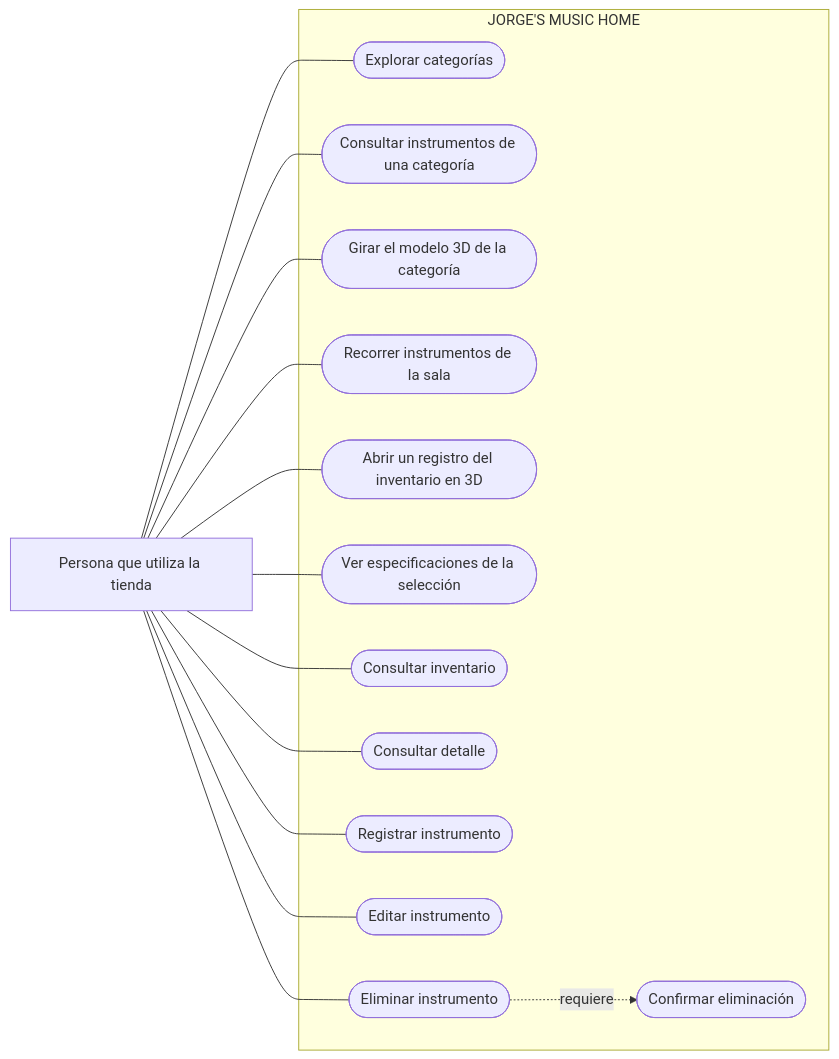
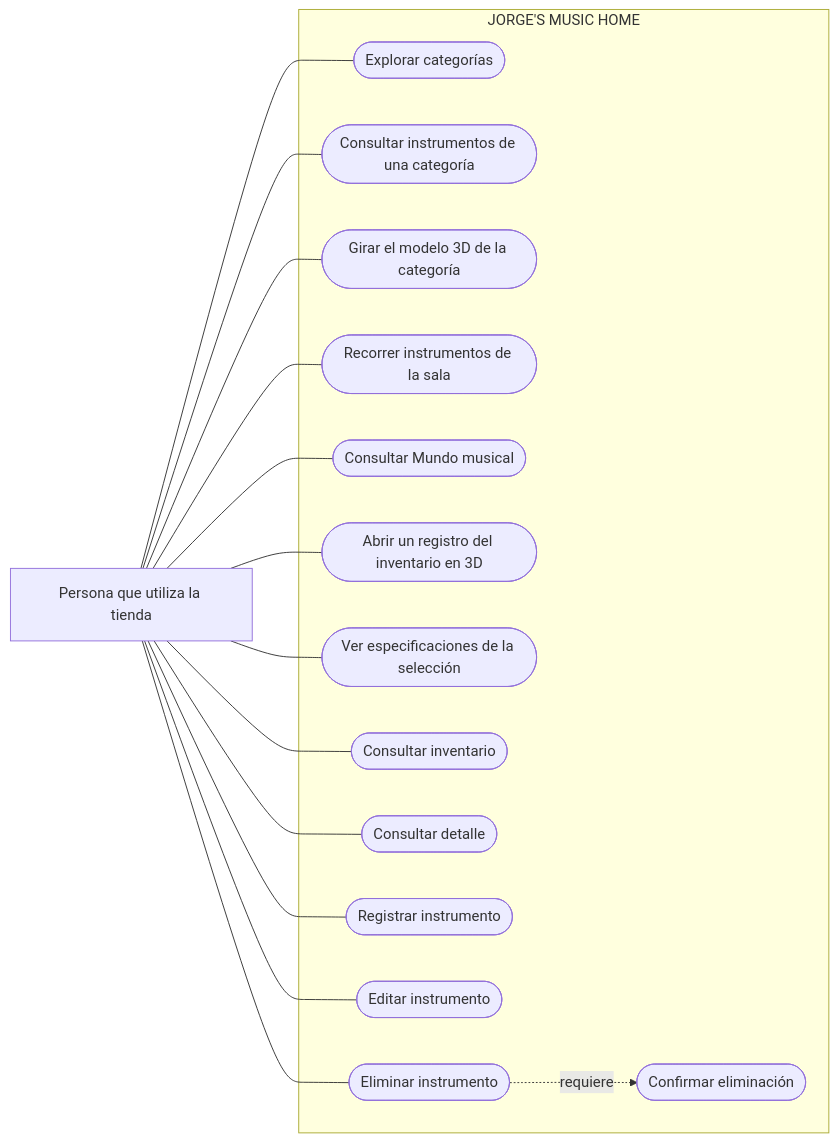
Before and after one commit to jorgehernanwb-spec/jorges-music-home: the diagram in docs/03_diagramas/casos_de_uso.md, drawn with Mermaid. The commit also changed 26 other files, not shown here.

Commit message:
feat(mundo-musical): integrar doce articulos educativos

````diff
--- a/docs/03_diagramas/casos_de_uso.md
+++ b/docs/03_diagramas/casos_de_uso.md
@@ -5,30 +5,32 @@
 ```mermaid
 flowchart LR
     actor["Persona que utiliza la tienda"]
     subgraph inventario["JORGE'S MUSIC HOME"]
         galeria(["Explorar categorías"])
         sala(["Consultar instrumentos de una categoría"])
         girar(["Girar el modelo 3D de la categoría"])
         alternar(["Recorrer instrumentos de la sala"])
+        leerMundo(["Consultar Mundo musical"])
         verEnTresD(["Abrir un registro del inventario en 3D"])
         especificaciones(["Ver especificaciones de la selección"])
         catalogo(["Consultar inventario"])
         detalle(["Consultar detalle"])
         registrar(["Registrar instrumento"])
         editar(["Editar instrumento"])
         eliminar(["Eliminar instrumento"])
         confirmar(["Confirmar eliminación"])
         eliminar -. requiere .-> confirmar
     end
     actor --- galeria
     actor --- sala
     actor --- girar
     actor --- alternar
+    actor --- leerMundo
     actor --- verEnTresD
     actor --- especificaciones
     actor --- catalogo
     actor --- detalle
     actor --- registrar
     actor --- editar
     actor --- eliminar
 ```
````
